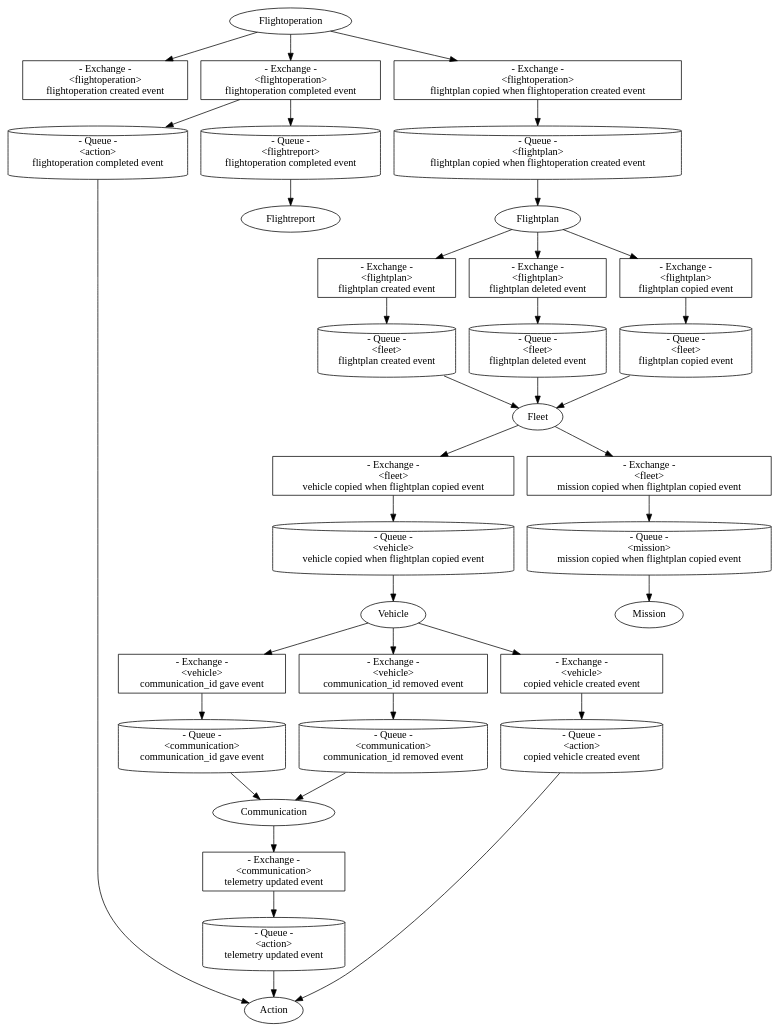
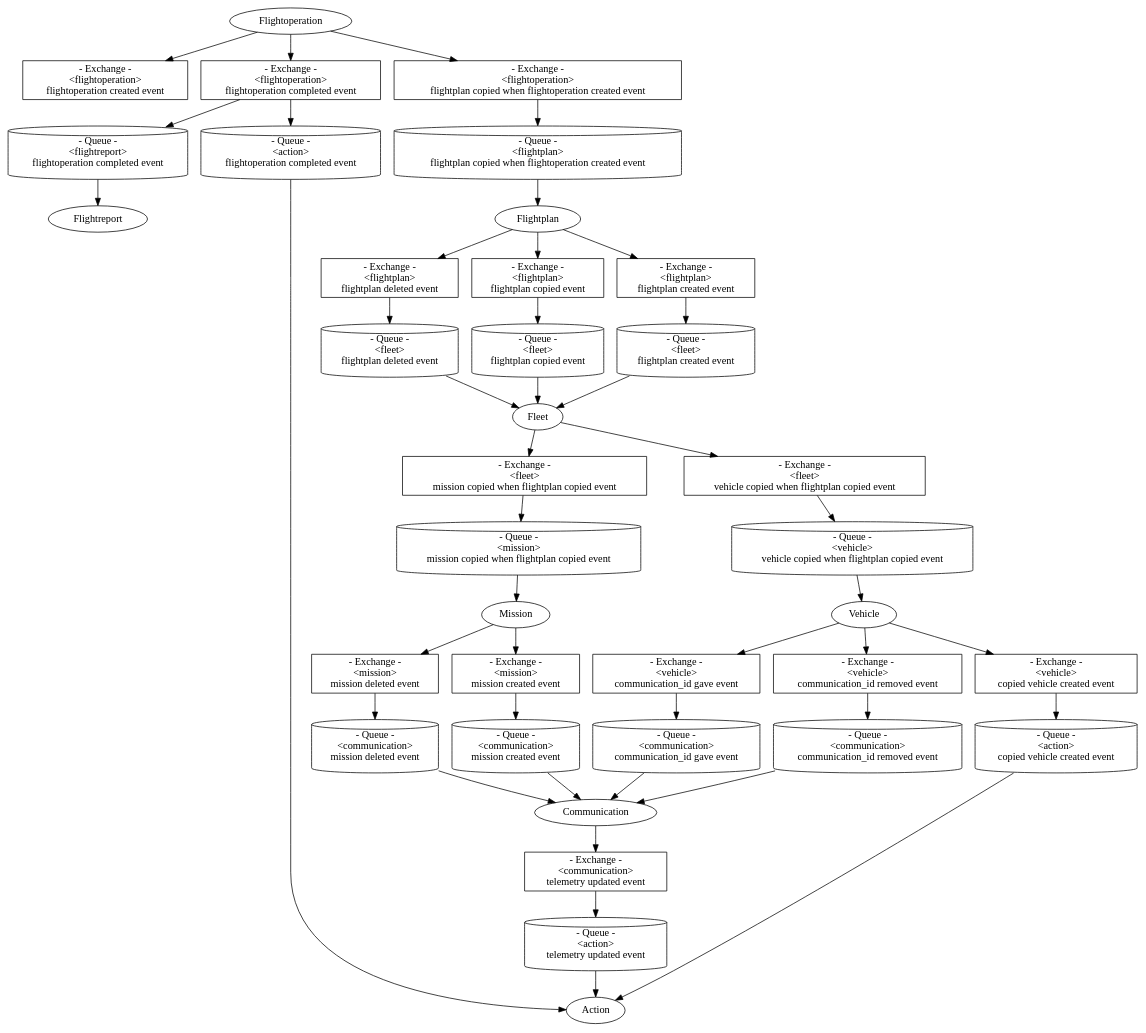
The diagram in contents/assets/event.gv (Tomofiles/skysign_cloud_v2), drawn with Graphviz before and after one commit.

Commit message:
contentsのeventのgvファイルを最新化

```diff
--- a/contents/assets/event.gv
+++ b/contents/assets/event.gv
@@ -1,100 +1,111 @@
 // To render:
 // https://dreampuf.github.io/GraphvizOnline/
 digraph G {
     rankdir = TB;
     
     Vehicle [label="Vehicle"]
     VehicleExchange1 [label="- Exchange -\n<vehicle>\ncommunication_id gave event", shape=Box];
     VehicleExchange2 [label="- Exchange -\n<vehicle>\ncommunication_id removed event", shape=Box];
     VehicleExchange3 [label="- Exchange -\n<vehicle>\ncopied vehicle created event", shape=Box];
     VehicleQueue1 [label="- Queue -\n<vehicle>\nvehicle copied when flightplan copied event", shape=cylinder];
     
     Communication [label="Communication"]
     CommunicationExchange1 [label="- Exchange -\n<communication>\ntelemetry updated event", shape=Box];
     CommunicationQueue1 [label="- Queue -\n<communication>\ncommunication_id gave event", shape=cylinder];
     CommunicationQueue2 [label="- Queue -\n<communication>\ncommunication_id removed event", shape=cylinder];
+    CommunicationQueue3 [label="- Queue -\n<communication>\nmission created event", shape=cylinder];
+    CommunicationQueue4 [label="- Queue -\n<communication>\nmission deleted event", shape=cylinder];
     
     Action [label="Action"]
     ActionQueue1 [label="- Queue -\n<action>\ncopied vehicle created event", shape=cylinder];
     ActionQueue2 [label="- Queue -\n<action>\ntelemetry updated event", shape=cylinder];
     ActionQueue3 [label="- Queue -\n<action>\nflightoperation completed event", shape=cylinder];
     
     Mission [label="Mission"]
+    MissionExchange1 [label="- Exchange -\n<mission>\nmission created event", shape=Box];
+    MissionExchange2 [label="- Exchange -\n<mission>\nmission deleted event", shape=Box];
     MissionQueue1 [label="- Queue -\n<mission>\nmission copied when flightplan copied event", shape=cylinder];
     
     Flightplan [label="Flightplan"]
     FlightplanExchange1 [label="- Exchange -\n<flightplan>\nflightplan created event", shape=Box];
     FlightplanExchange2 [label="- Exchange -\n<flightplan>\nflightplan deleted event", shape=Box];
     FlightplanExchange3 [label="- Exchange -\n<flightplan>\nflightplan copied event", shape=Box];
     FlightplanQueue1 [label="- Queue -\n<flightplan>\nflightplan copied when flightoperation created event", shape=cylinder];
 
     Fleet [label="Fleet"]
     FleetExchange1 [label="- Exchange -\n<fleet>\nvehicle copied when flightplan copied event", shape=Box];
     FleetExchange2 [label="- Exchange -\n<fleet>\nmission copied when flightplan copied event", shape=Box];
     FleetQueue1 [label="- Queue -\n<fleet>\nflightplan created event", shape=cylinder];
     FleetQueue2 [label="- Queue -\n<fleet>\nflightplan deleted event", shape=cylinder];
     FleetQueue3 [label="- Queue -\n<fleet>\nflightplan copied event", shape=cylinder];
     
     Flightoperation [label="Flightoperation"]
     FlightoperationExchange1 [label="- Exchange -\n<flightoperation>\nflightoperation created event", shape=Box];
     FlightoperationExchange2 [label="- Exchange -\n<flightoperation>\nflightoperation completed event", shape=Box];
     FlightoperationExchange3 [label="- Exchange -\n<flightoperation>\nflightplan copied when flightoperation created event", shape=Box];
     
     Flightreport [label="Flightreport"]
     FlightreportQueue1 [label="- Queue -\n<flightreport>\nflightoperation completed event", shape=cylinder];
     
     Vehicle -> VehicleExchange1;
     Vehicle -> VehicleExchange2;
     Vehicle -> VehicleExchange3;
     VehicleQueue1 -> Vehicle;
     
     Communication -> CommunicationExchange1;
     CommunicationQueue1 -> Communication;
     CommunicationQueue2 -> Communication;
+    CommunicationQueue3 -> Communication;
+    CommunicationQueue4 -> Communication;
     
+    Mission -> MissionExchange1
+    Mission -> MissionExchange2
     MissionQueue1 -> Mission;
     
     Flightplan -> FlightplanExchange1;
     Flightplan -> FlightplanExchange2;
     Flightplan -> FlightplanExchange3;
     FlightplanQueue1 -> Flightplan;
     
     Fleet -> FleetExchange1;
     Fleet -> FleetExchange2;
     FleetQueue1 -> Fleet;
     FleetQueue2 -> Fleet;
     FleetQueue3 -> Fleet;
     
     ActionQueue1 -> Action;
     ActionQueue2 -> Action;
     ActionQueue3 -> Action;
     
     Flightoperation -> FlightoperationExchange1;
     Flightoperation -> FlightoperationExchange2;
     Flightoperation -> FlightoperationExchange3;
     
     FlightreportQueue1 -> Flightreport;
     
     FleetExchange1 -> VehicleQueue1;
 
     VehicleExchange1 -> CommunicationQueue1;
     VehicleExchange2 -> CommunicationQueue2;
 
+    MissionExchange1 -> CommunicationQueue3;
+    MissionExchange2 -> CommunicationQueue4;
+
     FleetExchange2 -> MissionQueue1;
 
     VehicleExchange3 -> ActionQueue1;
 
     CommunicationExchange1 -> ActionQueue2;
 
     FlightplanExchange1 -> FleetQueue1;
     FlightplanExchange2 -> FleetQueue2;
     FlightplanExchange3 -> FleetQueue3;
 
     FlightoperationExchange2 -> FlightreportQueue1;
     FlightoperationExchange2 -> ActionQueue3;
     FlightoperationExchange3 -> FlightplanQueue1;
     
-    {rank = same; VehicleExchange1; VehicleExchange2; VehicleExchange3;}
-    {rank = same; CommunicationQueue1; CommunicationQueue2; ActionQueue1;}
+    {rank = same; VehicleExchange1; VehicleExchange2; VehicleExchange3; MissionExchange1; MissionExchange2;}
+    {rank = same; CommunicationQueue1; CommunicationQueue2; ActionQueue1; CommunicationQueue3; CommunicationQueue4;}
     {rank = same; FlightreportQueue1; ActionQueue3;}
 }
```
